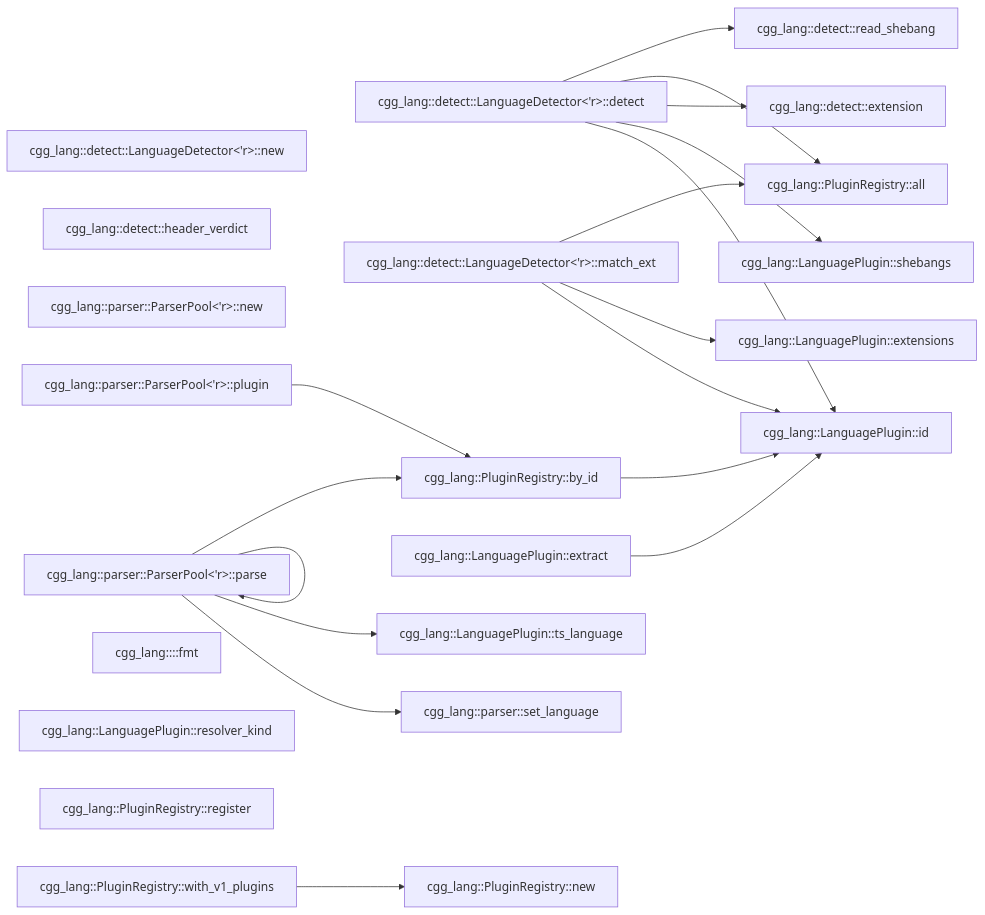
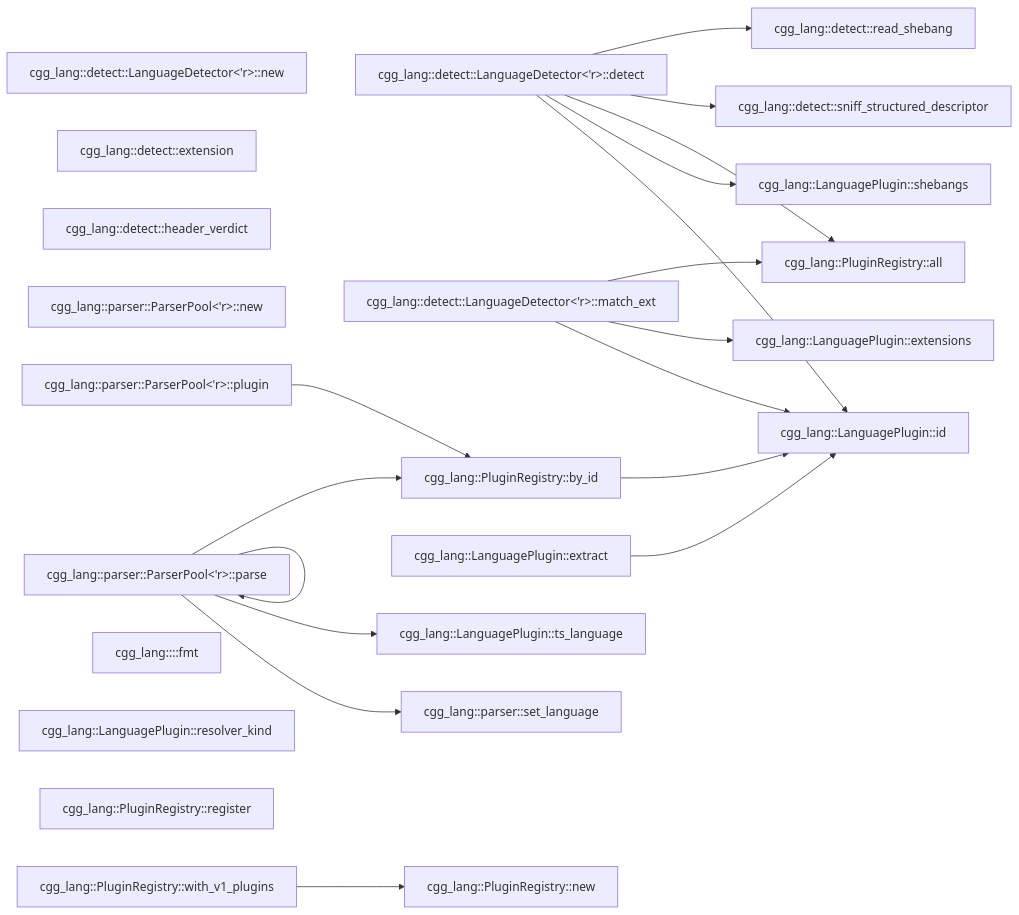
Before and after one commit to NeuralNotwerk/cgg: the third of 3 diagrams in README.md, drawn with Mermaid. The commit also changed other lines of this file and 22 other files, not shown here.

First line of the commit message:
feat(lang): add Smithy, Protobuf, GraphQL, OpenAPI & AsyncAPI plugins (39→44)

````diff
--- a/README.md
+++ b/README.md
@@ -425,41 +437,42 @@
 ```mermaid
 flowchart LR
   C0["cgg_lang::detect::LanguageDetector<'r>::new"]
   C1["cgg_lang::detect::LanguageDetector<'r>::detect"]
   C2["cgg_lang::detect::LanguageDetector<'r>::match_ext"]
   C3["cgg_lang::detect::extension"]
-  C4["cgg_lang::detect::read_shebang"]
-  C5["cgg_lang::detect::header_verdict"]
-  C14["cgg_lang::parser::ParserPool<'r>::new"]
-  C15["cgg_lang::parser::ParserPool<'r>::parse"]
-  C16["cgg_lang::parser::ParserPool<'r>::plugin"]
-  C17["cgg_lang::parser::set_language"]
-  C21["cgg_lang::<ResolverKind as fmt::Display>::fmt"]
-  C22["cgg_lang::LanguagePlugin::id"]
-  C23["cgg_lang::LanguagePlugin::extensions"]
-  C24["cgg_lang::LanguagePlugin::shebangs"]
-  C25["cgg_lang::LanguagePlugin::resolver_kind"]
-  C26["cgg_lang::LanguagePlugin::ts_language"]
-  C27["cgg_lang::LanguagePlugin::extract"]
-  C28["cgg_lang::PluginRegistry::new"]
-  C29["cgg_lang::PluginRegistry::register"]
-  C30["cgg_lang::PluginRegistry::all"]
-  C31["cgg_lang::PluginRegistry::by_id"]
-  C32["cgg_lang::PluginRegistry::with_v1_plugins"]
-  C1 --> C22
-  C1 --> C24
-  C1 --> C3
-  C1 --> C30
+  C4["cgg_lang::detect::sniff_structured_descriptor"]
+  C5["cgg_lang::detect::read_shebang"]
+  C6["cgg_lang::detect::header_verdict"]
+  C18["cgg_lang::parser::ParserPool<'r>::new"]
+  C19["cgg_lang::parser::ParserPool<'r>::parse"]
+  C20["cgg_lang::parser::ParserPool<'r>::plugin"]
+  C21["cgg_lang::parser::set_language"]
+  C25["cgg_lang::<ResolverKind as fmt::Display>::fmt"]
+  C26["cgg_lang::LanguagePlugin::id"]
+  C27["cgg_lang::LanguagePlugin::extensions"]
+  C28["cgg_lang::LanguagePlugin::shebangs"]
+  C29["cgg_lang::LanguagePlugin::resolver_kind"]
+  C30["cgg_lang::LanguagePlugin::ts_language"]
+  C31["cgg_lang::LanguagePlugin::extract"]
+  C32["cgg_lang::PluginRegistry::new"]
+  C33["cgg_lang::PluginRegistry::register"]
+  C34["cgg_lang::PluginRegistry::all"]
+  C35["cgg_lang::PluginRegistry::by_id"]
+  C36["cgg_lang::PluginRegistry::with_v1_plugins"]
+  C1 --> C26
+  C1 --> C28
+  C1 --> C34
   C1 --> C4
-  C15 --> C15
-  C15 --> C17
-  C15 --> C26
-  C15 --> C31
-  C16 --> C31
-  C2 --> C22
-  C2 --> C23
-  C2 --> C30
-  C27 --> C22
-  C31 --> C22
-  C32 --> C28
+  C1 --> C5
+  C19 --> C19
+  C19 --> C21
+  C19 --> C30
+  C19 --> C35
+  C2 --> C26
+  C2 --> C27
+  C2 --> C34
+  C20 --> C35
+  C31 --> C26
+  C35 --> C26
+  C36 --> C32
 ```
````
